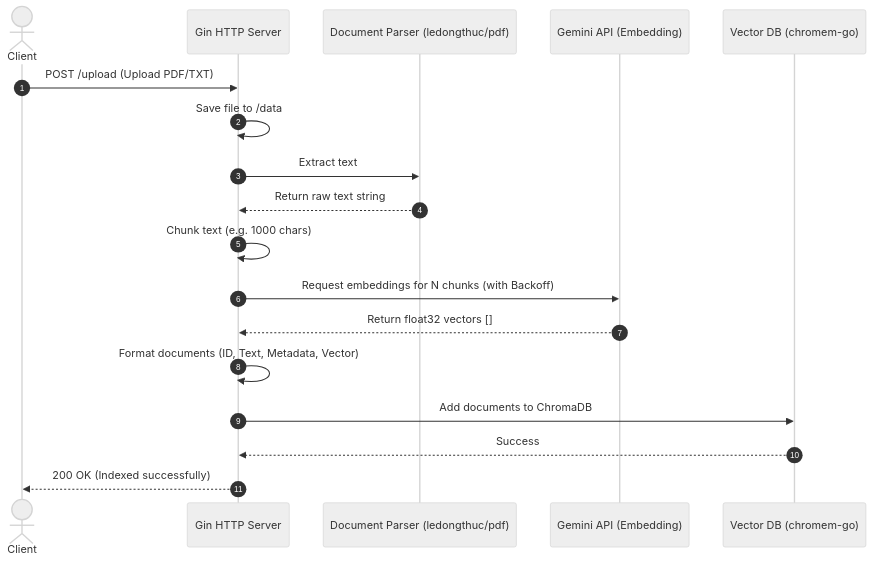
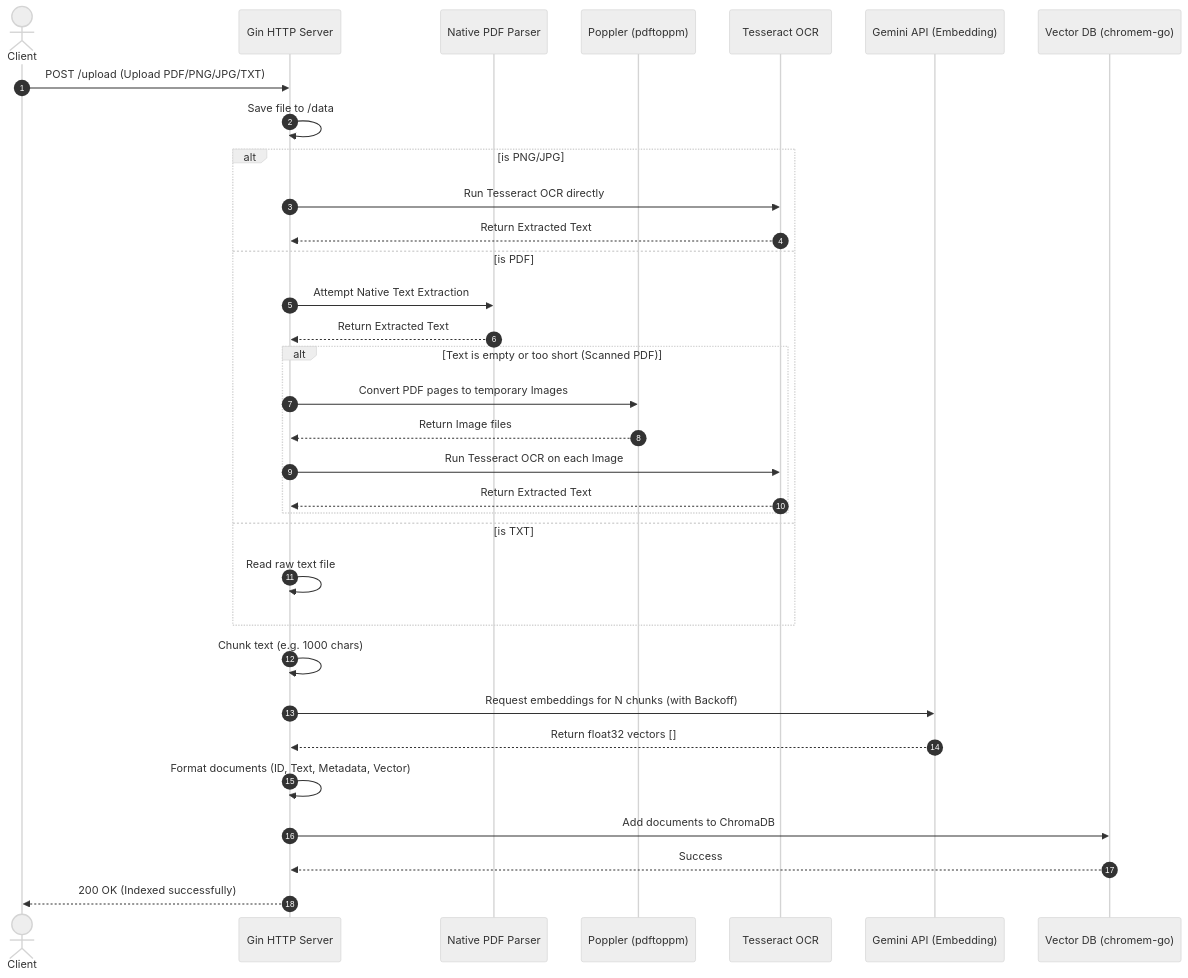
The first of 2 diagrams in ARCHITECTURE.md (dani1793/judgement-rag), drawn with Mermaid (neutral theme) before and after one commit. The commit also changed other lines of this file, not shown here.

Commit message:
docs: Update architecture diagram to include OCR fallback flow

````diff
--- a/ARCHITECTURE.md
+++ b/ARCHITECTURE.md
@@ -10,21 +10,38 @@
 ```mermaid
 sequenceDiagram
     autonumber
     actor Client
     participant API as Gin HTTP Server
-    participant Extractor as Document Parser (ledongthuc/pdf)
+    participant Extractor as Native PDF Parser
+    participant PDFToPPM as Poppler (pdftoppm)
+    participant OCR as Tesseract OCR
     participant GeminiEmbed as Gemini API (Embedding)
     participant DB as Vector DB (chromem-go)
 
-    Client->>API: POST /upload (Upload PDF/TXT)
+    Client->>API: POST /upload (Upload PDF/PNG/JPG/TXT)
     API->>API: Save file to /data
-    API->>Extractor: Extract text
-    Extractor-->>API: Return raw text string
+    
+    alt is PNG/JPG
+        API->>OCR: Run Tesseract OCR directly
+        OCR-->>API: Return Extracted Text
+    else is PDF
+        API->>Extractor: Attempt Native Text Extraction
+        Extractor-->>API: Return Extracted Text
+        alt Text is empty or too short (Scanned PDF)
+            API->>PDFToPPM: Convert PDF pages to temporary Images
+            PDFToPPM-->>API: Return Image files
+            API->>OCR: Run Tesseract OCR on each Image
+            OCR-->>API: Return Extracted Text
+        end
+    else is TXT
+        API->>API: Read raw text file
+    end
+
     API->>API: Chunk text (e.g. 1000 chars)
     API->>GeminiEmbed: Request embeddings for N chunks (with Backoff)
     GeminiEmbed-->>API: Return float32 vectors []
     API->>API: Format documents (ID, Text, Metadata, Vector)
     API->>DB: Add documents to ChromaDB
     DB-->>API: Success
     API-->>Client: 200 OK (Indexed successfully)
 ```
````
